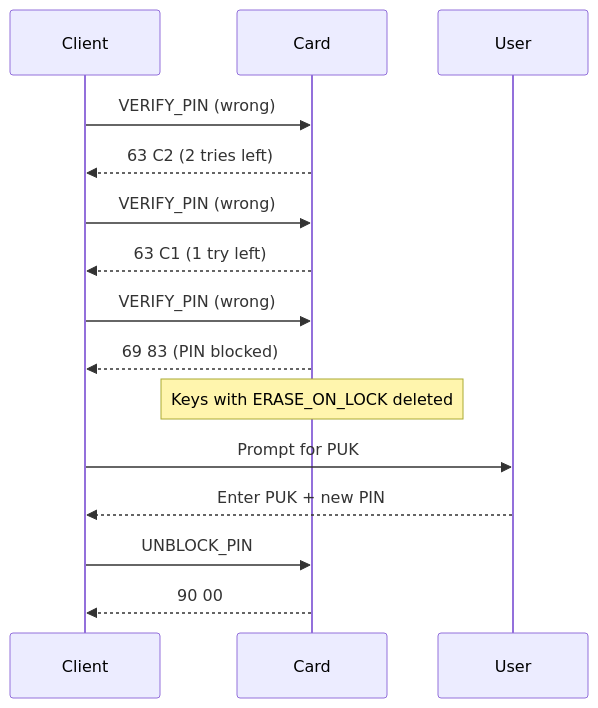
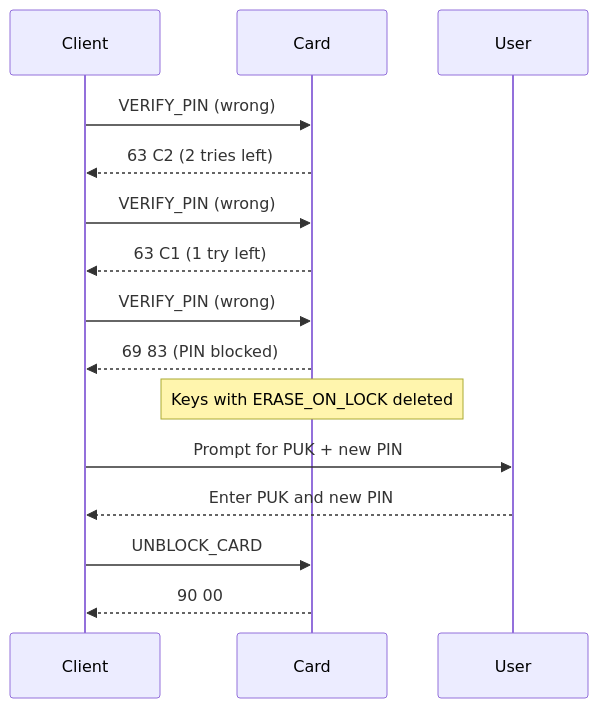
Before and after one commit to indrora/EspreSSHo: the third of 4 diagrams in doc/APDU-Protocol-Specification.md, drawn with Mermaid. The commit also changed other lines of this file and 6 other files, not shown here.

Commit message:
Adding reset logic, PIN/PUK management, Card init.

````diff
--- a/doc/APDU-Protocol-Specification.md
+++ b/doc/APDU-Protocol-Specification.md
@@ -613,14 +719,14 @@
 ```mermaid
 sequenceDiagram
     Client->>Card: VERIFY_PIN (wrong)
     Card-->>Client: 63 C2 (2 tries left)
-    Client->>Card: VERIFY_PIN (wrong)  
+    Client->>Card: VERIFY_PIN (wrong)
     Card-->>Client: 63 C1 (1 try left)
     Client->>Card: VERIFY_PIN (wrong)
     Card-->>Client: 69 83 (PIN blocked)
     Note over Card: Keys with ERASE_ON_LOCK deleted
-    Client->>User: Prompt for PUK
-    User-->>Client: Enter PUK + new PIN
-    Client->>Card: UNBLOCK_PIN
+    Client->>User: Prompt for PUK + new PIN
+    User-->>Client: Enter PUK and new PIN
+    Client->>Card: UNBLOCK_CARD
     Card-->>Client: 90 00
 ```
````
